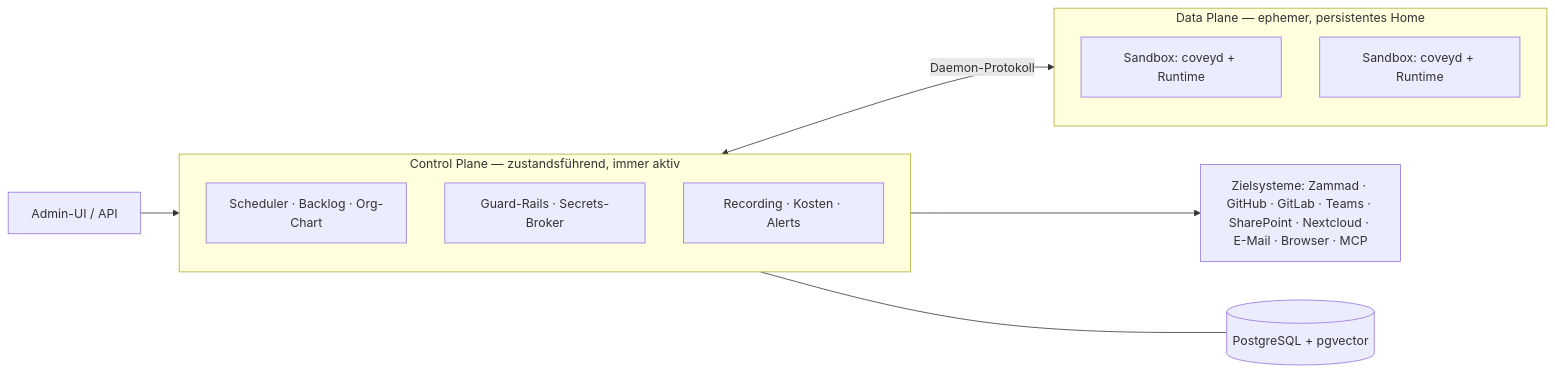
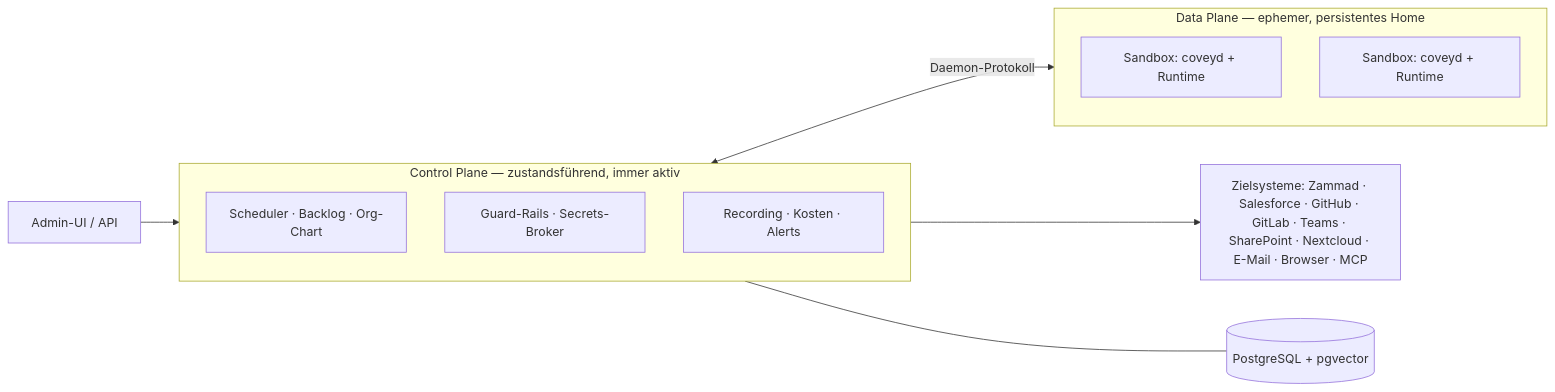
One commit to benjaminLedel/covey changed the diagram in README.de.md. Above: the diagram before and after it, drawn with Mermaid. The commit also changed other lines of this file and 9 other files, not shown here.

````diff
--- a/README.de.md
+++ b/README.de.md
@@ -110,21 +110,21 @@
 ```mermaid
 flowchart LR
     UI["Admin-UI / API"] --> CP
 
     subgraph CP["Control Plane — zustandsführend, immer aktiv"]
         direction TB
         SCHED["Scheduler · Backlog · Org-Chart"]
         GUARD["Guard-Rails · Secrets-Broker"]
         OBS["Recording · Kosten · Alerts"]
     end
 
     subgraph DP["Data Plane — ephemer, persistentes Home"]
         direction TB
         S1["Sandbox: coveyd + Runtime"]
         S2["Sandbox: coveyd + Runtime"]
     end
 
     CP <-->|Daemon-Protokoll| DP
-    CP --> TS["Zielsysteme: Zammad · GitHub · GitLab · Teams · SharePoint · Nextcloud · E-Mail · Browser · MCP"]
+    CP --> TS["Zielsysteme: Zammad · Salesforce · GitHub · GitLab · Teams · SharePoint · Nextcloud · E-Mail · Browser · MCP"]
     CP --- DB[("PostgreSQL + pgvector")]
 ```
````
